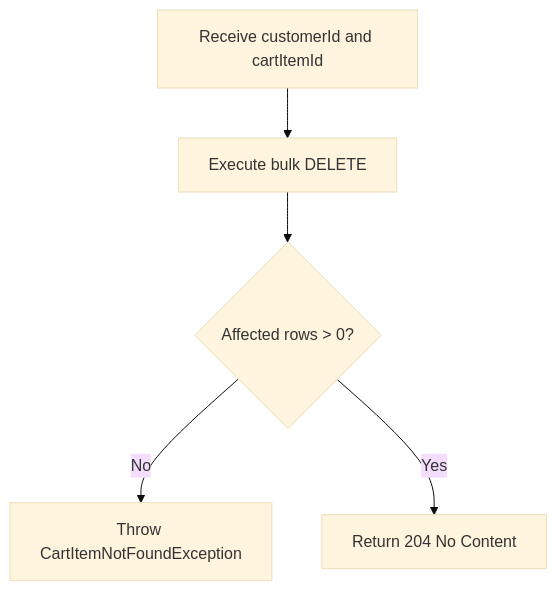
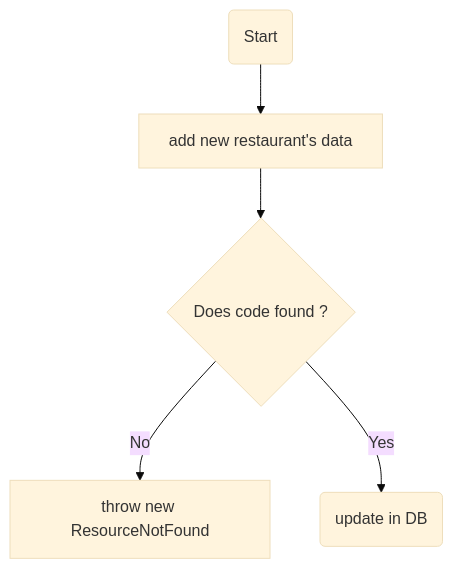
Before and after one commit to w2t-el-develop/food_delivery_api: the eighth of 11 diagrams in README.md, drawn with Mermaid (base theme). The commit also changed other lines of this file and 18 other files, not shown here.

````diff
--- a/README.md
+++ b/README.md
@@ -662,8 +487,8 @@
 ```mermaid
 flowchart TD
-    A[Receive customerId and cartItemId] --> B[Execute bulk DELETE]
-    B --> C{Affected rows > 0?}
+  A(Start) --> B[add new restaurant's data]
+  B --> C{Does code found ?}
 
-    C -- No --> D[Throw CartItemNotFoundException]
-    C -- Yes --> E[Return 204 No Content]
+  C -- No --> D[throw new ResourceNotFound]
+  C -- Yes --> F(update in DB)
 ```
````
